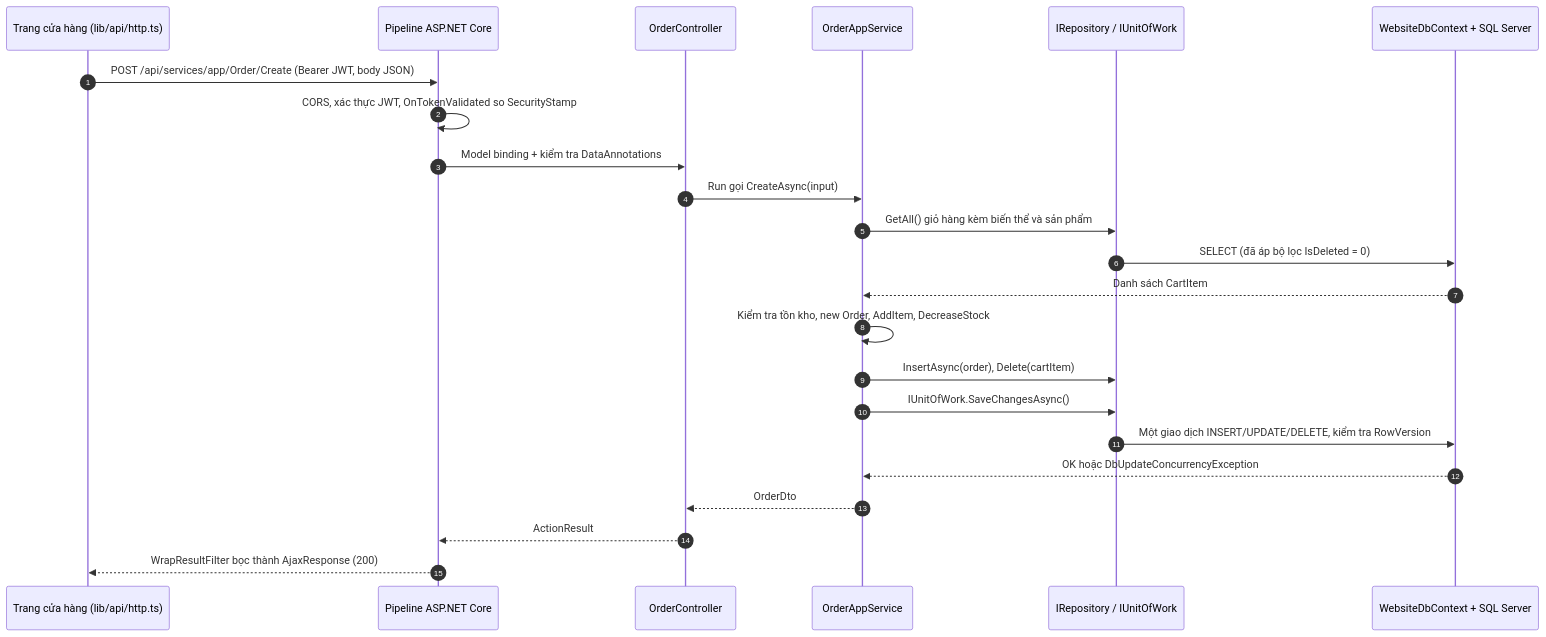
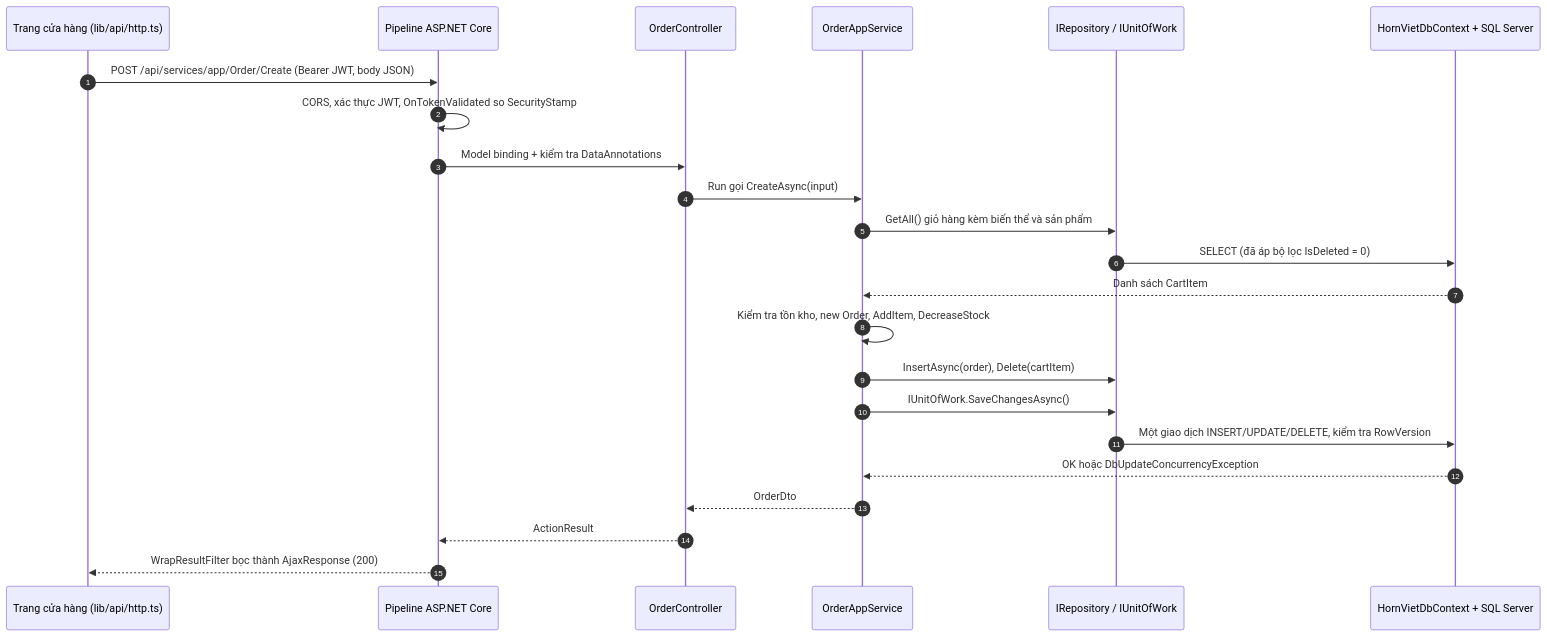
One commit to Tngoc2902/HornViet changed the third of 3 diagrams in docs/he-thong/00-tong-quan.md. Above: the diagram before and after it, drawn with Mermaid. The commit also changed other lines of this file and 170 other files, not shown here.

First line of the commit message:
Đổi tên backend Website.* thành HornViet.*

````diff
--- a/docs/he-thong/00-tong-quan.md
+++ b/docs/he-thong/00-tong-quan.md
@@ -232,26 +232,26 @@
 ```mermaid
 sequenceDiagram
     autonumber
     participant FE as Trang cửa hàng (lib/api/http.ts)
     participant MW as Pipeline ASP.NET Core
     participant C as OrderController
     participant S as OrderAppService
     participant R as IRepository / IUnitOfWork
-    participant DB as WebsiteDbContext + SQL Server
+    participant DB as HornVietDbContext + SQL Server
 
     FE->>MW: POST /api/services/app/Order/Create (Bearer JWT, body JSON)
     MW->>MW: CORS, xác thực JWT, OnTokenValidated so SecurityStamp
     MW->>C: Model binding + kiểm tra DataAnnotations
     C->>S: Run gọi CreateAsync(input)
     S->>R: GetAll() giỏ hàng kèm biến thể và sản phẩm
     R->>DB: SELECT (đã áp bộ lọc IsDeleted = 0)
     DB-->>S: Danh sách CartItem
     S->>S: Kiểm tra tồn kho, new Order, AddItem, DecreaseStock
     S->>R: InsertAsync(order), Delete(cartItem)
     S->>R: IUnitOfWork.SaveChangesAsync()
     R->>DB: Một giao dịch INSERT/UPDATE/DELETE, kiểm tra RowVersion
     DB-->>S: OK hoặc DbUpdateConcurrencyException
     S-->>C: OrderDto
     C-->>MW: ActionResult
     MW-->>FE: WrapResultFilter bọc thành AjaxResponse (200)
 ```
````
